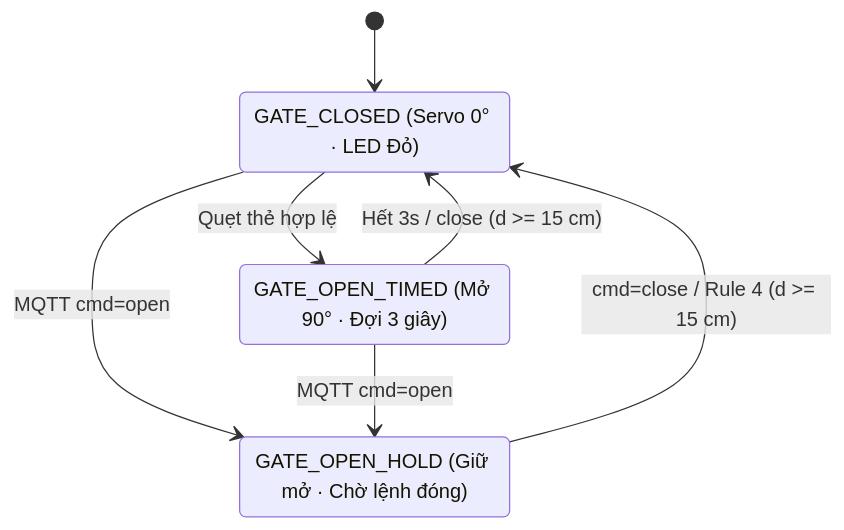
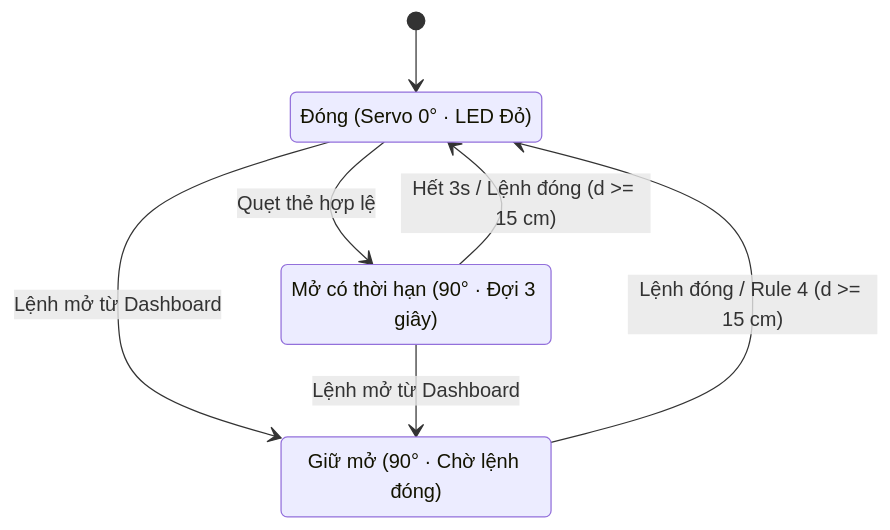
Before and after one commit to Tthoong129/IOT_Nhom4: the fifth of 6 diagrams in docs/BAO_CAO_TIEU_LUAN_HOAN_CHINH.md, drawn with Mermaid. The commit also changed other lines of this file, not shown here.

````diff
--- a/docs/BAO_CAO_TIEU_LUAN_HOAN_CHINH.md
+++ b/docs/BAO_CAO_TIEU_LUAN_HOAN_CHINH.md
@@ -401,13 +408,13 @@
 ```mermaid
 stateDiagram-v2
-    GATE_CLOSED: GATE_CLOSED (Servo 0° · LED Đỏ)
-    GATE_OPEN_TIMED: GATE_OPEN_TIMED (Mở 90° · Đợi 3 giây)
-    GATE_OPEN_HOLD: GATE_OPEN_HOLD (Giữ mở · Chờ lệnh đóng)
+    CLOSED: Đóng (Servo 0° · LED Đỏ)
+    OPEN_TIMED: Mở có thời hạn (90° · Đợi 3 giây)
+    OPEN_HOLD: Giữ mở (90° · Chờ lệnh đóng)
 
-    [*] --> GATE_CLOSED
-    GATE_CLOSED --> GATE_OPEN_TIMED : Quẹt thẻ hợp lệ
-    GATE_OPEN_TIMED --> GATE_CLOSED : Hết 3s / close (d >= 15 cm)
-    GATE_CLOSED --> GATE_OPEN_HOLD : MQTT cmd=open
-    GATE_OPEN_TIMED --> GATE_OPEN_HOLD : MQTT cmd=open
-    GATE_OPEN_HOLD --> GATE_CLOSED : cmd=close / Rule 4 (d >= 15 cm)
+    [*] --> CLOSED
+    CLOSED --> OPEN_TIMED : Quẹt thẻ hợp lệ
+    OPEN_TIMED --> CLOSED : Hết 3s / Lệnh đóng (d >= 15 cm)
+    CLOSED --> OPEN_HOLD : Lệnh mở từ Dashboard
+    OPEN_TIMED --> OPEN_HOLD : Lệnh mở từ Dashboard
+    OPEN_HOLD --> CLOSED : Lệnh đóng / Rule 4 (d >= 15 cm)
 ```
````
